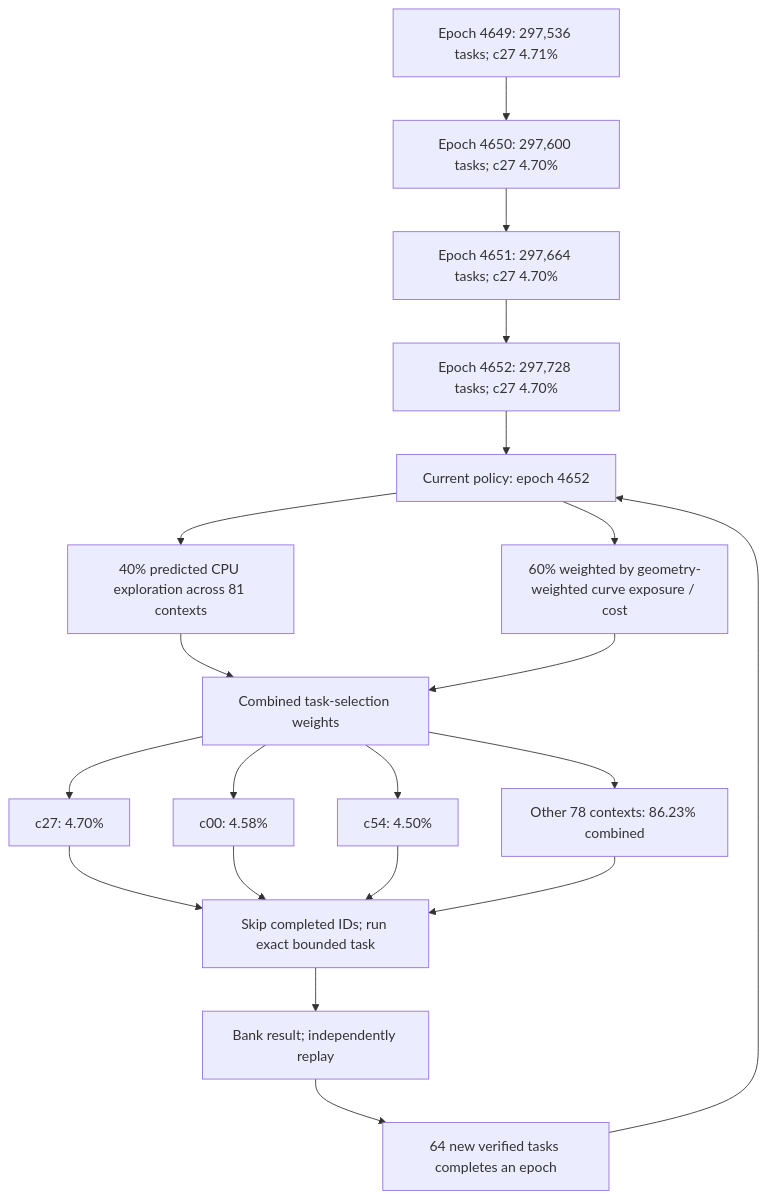
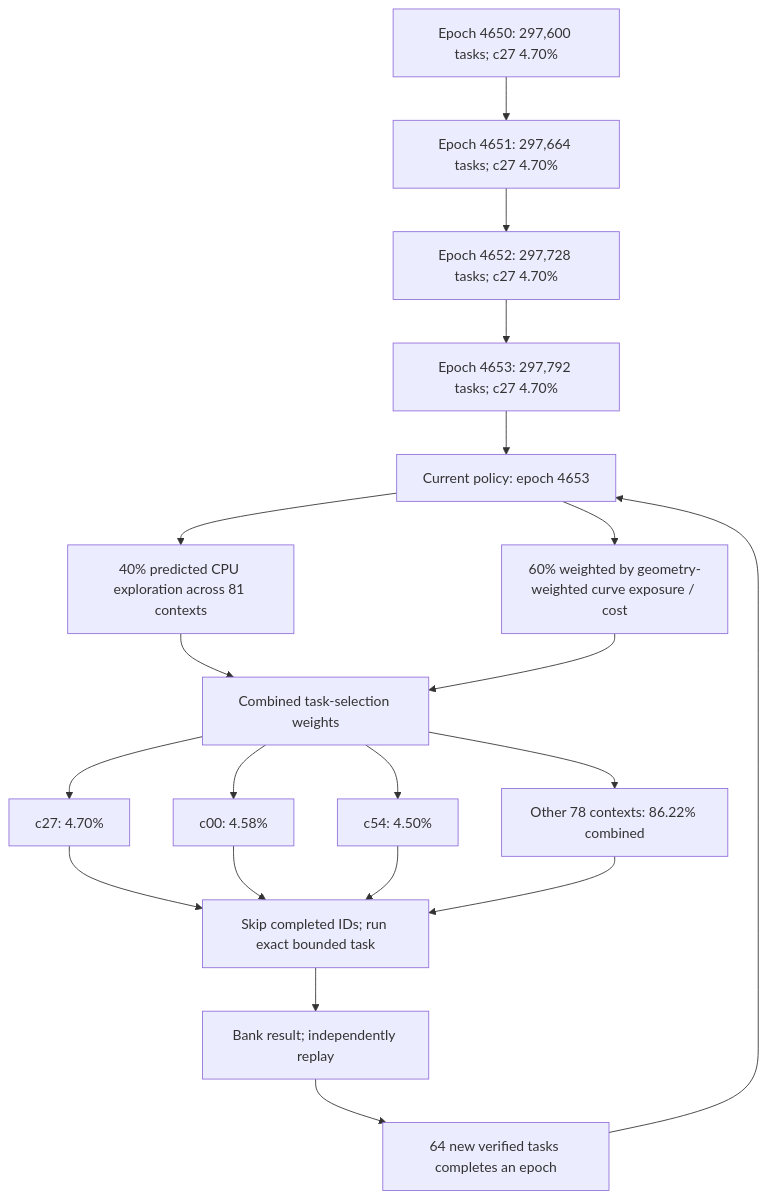
One commit to Kuberwastaken/math-gambling changed the first of 3 diagrams in README.md. Above: the diagram before and after it, drawn with Mermaid. The commit also changed other lines of this file and 2388 other files, not shown here.

````diff
--- a/README.md
+++ b/README.md
@@ -60,27 +60,27 @@
 ```mermaid
 flowchart TD
-    H0["Epoch 4649: 297,536 tasks; c27 4.71%"]
-    H1["Epoch 4650: 297,600 tasks; c27 4.70%"]
+    H0["Epoch 4650: 297,600 tasks; c27 4.70%"]
+    H1["Epoch 4651: 297,664 tasks; c27 4.70%"]
     H0 --> H1
-    H2["Epoch 4651: 297,664 tasks; c27 4.70%"]
+    H2["Epoch 4652: 297,728 tasks; c27 4.70%"]
     H1 --> H2
-    H3["Epoch 4652: 297,728 tasks; c27 4.70%"]
+    H3["Epoch 4653: 297,792 tasks; c27 4.70%"]
     H2 --> H3
-    Policy["Current policy: epoch 4652"]
+    Policy["Current policy: epoch 4653"]
     H3 --> Policy
     Policy --> Explore["40% predicted CPU exploration across 81 contexts"]
     Policy --> Cost["60% weighted by geometry-weighted curve exposure / cost"]
     Explore --> Mix["Combined task-selection weights"]
     Cost --> Mix
     Mix --> C0["c27: 4.70%"]
     Mix --> C1["c00: 4.58%"]
     Mix --> C2["c54: 4.50%"]
-    Mix --> Rest["Other 78 contexts: 86.23% combined"]
+    Mix --> Rest["Other 78 contexts: 86.22% combined"]
     C0 --> Check["Skip completed IDs; run exact bounded task"]
     C1 --> Check
     C2 --> Check
     Rest --> Check
     Check --> Replay["Bank result; independently replay"]
     Replay --> Gate["64 new verified tasks completes an epoch"]
     Gate --> Policy
 ```
````
